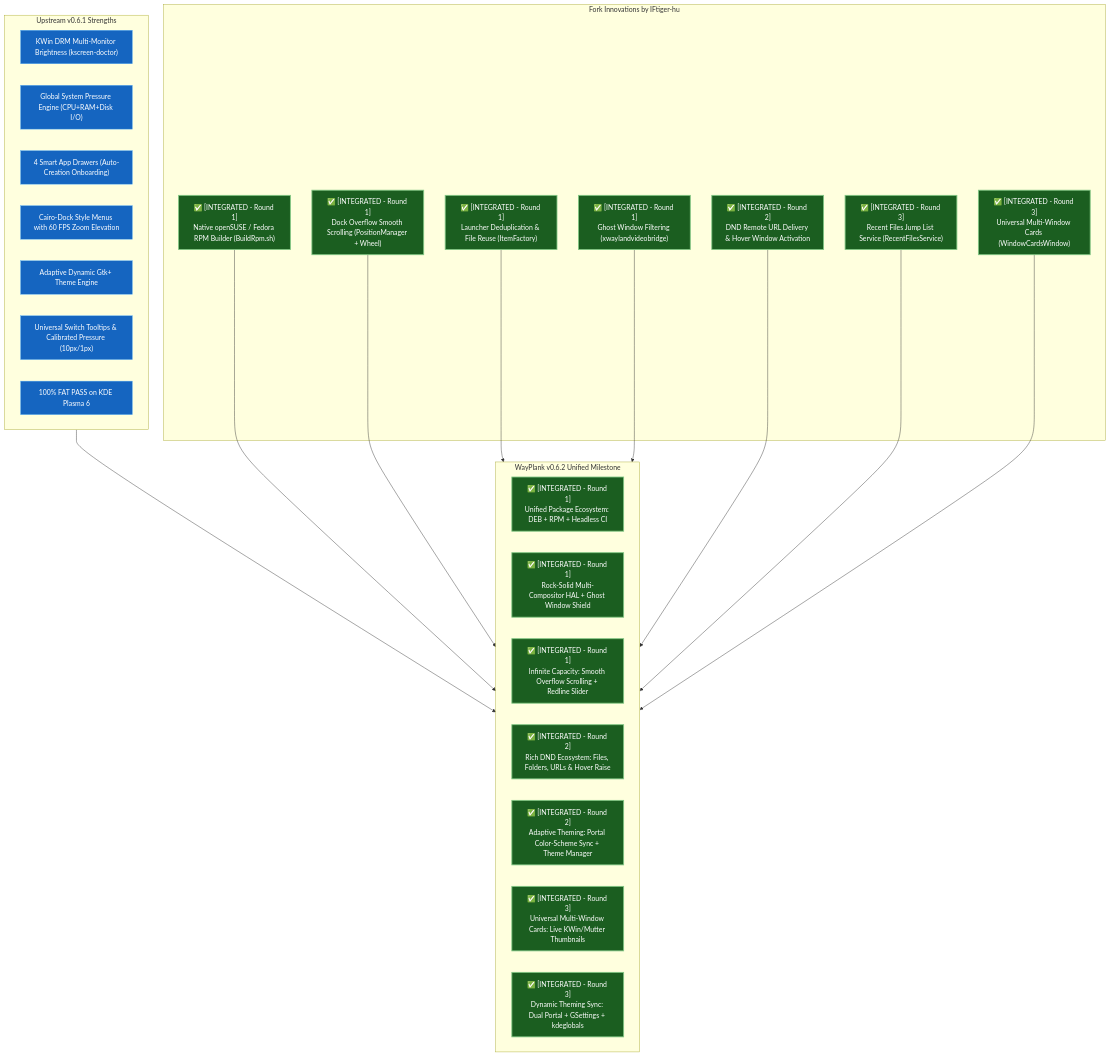
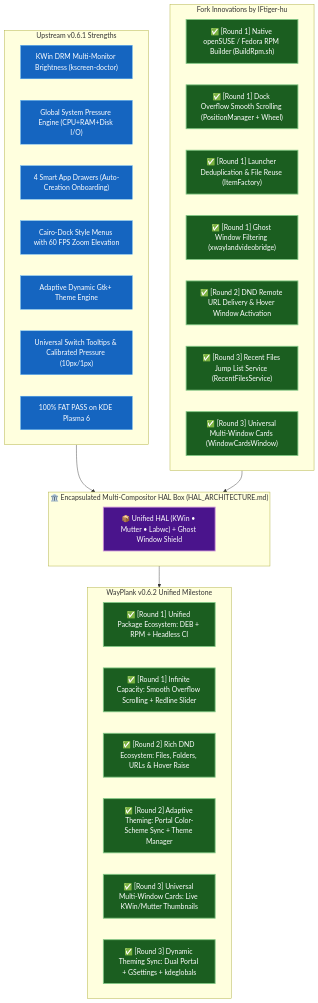
The diagram in Documentation/WAYPLANK_FORK_INTEGRATION_ROADMAP.md (sergiomelas/WayPlank), drawn with Mermaid before and after one commit. The commit also changed other lines of this file and 174 other files, not shown here.

Commit message:
V0.7.1: Public Beta 2 — Smart Pinned Accordion, Multi-Profile Browser Isolation, Monolithic GResource Themes & HAL Consolidation

````diff
--- a/Documentation/WAYPLANK_FORK_INTEGRATION_ROADMAP.md
+++ b/Documentation/WAYPLANK_FORK_INTEGRATION_ROADMAP.md
@@ -53,47 +53,43 @@
 ```mermaid
 flowchart TD
     classDef integrated fill:#1b5e20,stroke:#81c784,stroke-width:2px,color:#ffffff;
     classDef upstream fill:#1565c0,stroke:#64b5f6,stroke-width:1px,color:#ffffff;
-    classDef pending fill:#37474f,stroke:#90a4ae,stroke-width:1px,color:#ffffff;
-    classDef modify fill:#e65100,stroke:#ffb74d,stroke-width:2px,color:#ffffff;
-    classDef rejected fill:#b71c1c,stroke:#ef5350,stroke-width:2px,color:#ffffff;
+    classDef halbox fill:#4a148c,stroke:#ce93d8,stroke-width:2px,color:#ffffff;
 
     subgraph Upstream_v061["Upstream v0.6.1 Strengths"]
         U1["KWin DRM Multi-Monitor Brightness (kscreen-doctor)"]:::upstream
         U2["Global System Pressure Engine (CPU+RAM+Disk I/O)"]:::upstream
         U3["4 Smart App Drawers (Auto-Creation Onboarding)"]:::upstream
         U4["Cairo-Dock Style Menus with 60 FPS Zoom Elevation"]:::upstream
         U5["Adaptive Dynamic Gtk+ Theme Engine"]:::upstream
         U6["Universal Switch Tooltips & Calibrated Pressure (10px/1px)"]:::upstream
         U7["100% FAT PASS on KDE Plasma 6"]:::upstream
     end
 
     subgraph Fork_Features["Fork Innovations by IFtiger-hu"]
-        F1["✅ [INTEGRATED - Round 1]<br/>Native openSUSE / Fedora RPM Builder (BuildRpm.sh)"]:::integrated
-        F2["✅ [INTEGRATED - Round 1]<br/>Dock Overflow Smooth Scrolling (PositionManager + Wheel)"]:::integrated
-        F3["✅ [INTEGRATED - Round 1]<br/>Launcher Deduplication & File Reuse (ItemFactory)"]:::integrated
-        F4["✅ [INTEGRATED - Round 1]<br/>Ghost Window Filtering (xwaylandvideobridge)"]:::integrated
-        F5["✅ [INTEGRATED - Round 2]<br/>DND Remote URL Delivery & Hover Window Activation"]:::integrated
-        F6["✅ [INTEGRATED - Round 3]<br/>Recent Files Jump List Service (RecentFilesService)"]:::integrated
-        F7["✅ [INTEGRATED - Round 3]<br/>Universal Multi-Window Cards (WindowCardsWindow)"]:::integrated
+        F1["✅ [Round 1] Native openSUSE / Fedora RPM Builder (BuildRpm.sh)"]:::integrated
+        F2["✅ [Round 1] Dock Overflow Smooth Scrolling (PositionManager + Wheel)"]:::integrated
+        F3["✅ [Round 1] Launcher Deduplication & File Reuse (ItemFactory)"]:::integrated
+        F4["✅ [Round 1] Ghost Window Filtering (xwaylandvideobridge)"]:::integrated
+        F5["✅ [Round 2] DND Remote URL Delivery & Hover Window Activation"]:::integrated
+        F6["✅ [Round 3] Recent Files Jump List Service (RecentFilesService)"]:::integrated
+        F7["✅ [Round 3] Universal Multi-Window Cards (WindowCardsWindow)"]:::integrated
+    end
+
+    subgraph HAL_Box["🏛️ Encapsulated Multi-Compositor HAL Box (HAL_ARCHITECTURE.md)"]
+        HB["📦 Unified HAL (KWin • Mutter • Labwc) + Ghost Window Shield"]:::halbox
     end
 
     subgraph Unified_v062["WayPlank v0.6.2 Unified Milestone"]
-        M1["✅ [INTEGRATED - Round 1]<br/>Unified Package Ecosystem: DEB + RPM + Headless CI"]:::integrated
-        M2["✅ [INTEGRATED - Round 1]<br/>Rock-Solid Multi-Compositor HAL + Ghost Window Shield"]:::integrated
-        M3["✅ [INTEGRATED - Round 1]<br/>Infinite Capacity: Smooth Overflow Scrolling + Redline Slider"]:::integrated
-        M4["✅ [INTEGRATED - Round 2]<br/>Rich DND Ecosystem: Files, Folders, URLs & Hover Raise"]:::integrated
-        M5["✅ [INTEGRATED - Round 2]<br/>Adaptive Theming: Portal Color-Scheme Sync + Theme Manager"]:::integrated
-        M6["✅ [INTEGRATED - Round 3]<br/>Universal Multi-Window Cards: Live KWin/Mutter Thumbnails"]:::integrated
-        M7["✅ [INTEGRATED - Round 3]<br/>Dynamic Theming Sync: Dual Portal + GSettings + kdeglobals"]:::integrated
+        M1["✅ [Round 1] Unified Package Ecosystem: DEB + RPM + Headless CI"]:::integrated
+        M3["✅ [Round 1] Infinite Capacity: Smooth Overflow Scrolling + Redline Slider"]:::integrated
+        M4["✅ [Round 2] Rich DND Ecosystem: Files, Folders, URLs & Hover Raise"]:::integrated
+        M5["✅ [Round 2] Adaptive Theming: Portal Color-Scheme Sync + Theme Manager"]:::integrated
+        M6["✅ [Round 3] Universal Multi-Window Cards: Live KWin/Mutter Thumbnails"]:::integrated
+        M7["✅ [Round 3] Dynamic Theming Sync: Dual Portal + GSettings + kdeglobals"]:::integrated
     end
 
-    Upstream_v061 --> Unified_v062
-    F1 --> Unified_v062
-    F2 --> Unified_v062
-    F3 --> Unified_v062
-    F4 --> Unified_v062
-    F5 --> Unified_v062
-    F6 --> Unified_v062
-    F7 --> Unified_v062
+    Upstream_v061 --> HAL_Box
+    Fork_Features --> HAL_Box
+    HAL_Box --> Unified_v062
 ```
````
